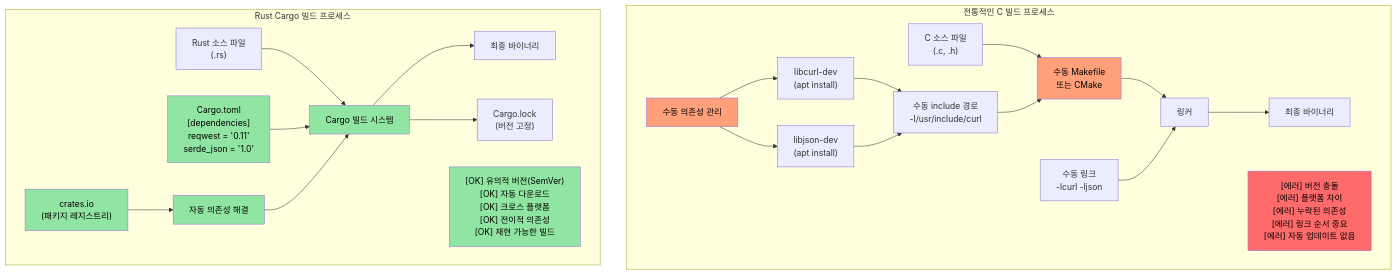
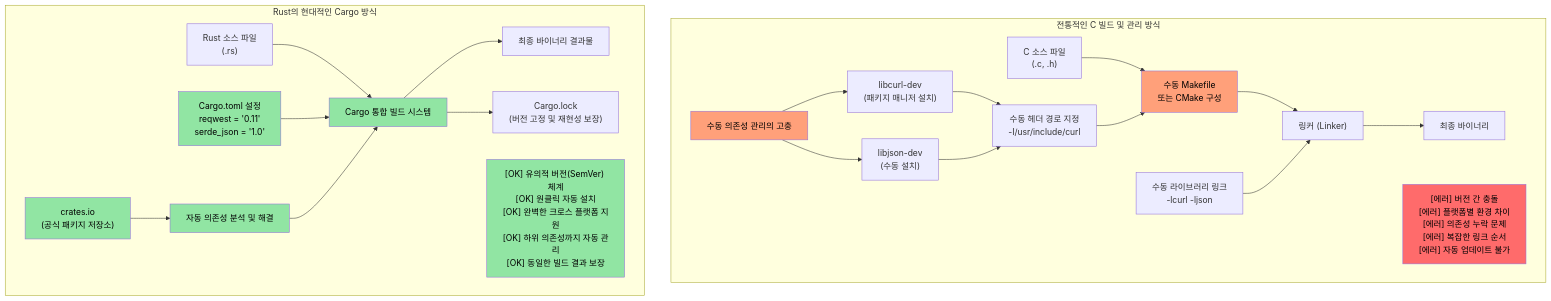
The first of 2 diagrams in c-cpp-book/src/ch02-getting-started.md (partrita/RustTraining), drawn with Mermaid before and after one commit. The commit also changed other lines of this file and 157 other files, not shown here.

````diff
--- a/c-cpp-book/src/ch02-getting-started.md
+++ b/c-cpp-book/src/ch02-getting-started.md
@@ -43,58 +56,58 @@
 ```mermaid
 graph TD
-    subgraph "전통적인 C 빌드 프로세스"
+    subgraph "전통적인 C 빌드 및 관리 방식"
         CC["C 소스 파일<br/>(.c, .h)"]
-        CM["수동 Makefile<br/>또는 CMake"]
-        CL["링커"]
+        CM["수동 Makefile<br/>또는 CMake 구성"]
+        CL["링커 (Linker)"]
         CB["최종 바이너리"]
         
         CC --> CM
         CM --> CL
         CL --> CB
         
-        CDep["수동 의존성 관리"]
-        CLib1["libcurl-dev<br/>(apt install)"]
-        CLib2["libjson-dev<br/>(apt install)"]
-        CInc["수동 include 경로<br/>-I/usr/include/curl"]
-        CLink["수동 링크<br/>-lcurl -ljson"]
+        CDep["수동 의존성 관리의 고충"]
+        CLib1["libcurl-dev<br/>(패키지 매니저 설치)"]
+        CLib2["libjson-dev<br/>(수동 설치)"]
+        CInc["수동 헤더 경로 지정<br/>-I/usr/include/curl"]
+        CLink["수동 라이브러리 링크<br/>-lcurl -ljson"]
         
         CDep --> CLib1
         CDep --> CLib2
         CLib1 --> CInc
         CLib2 --> CInc
         CInc --> CM
         CLink --> CL
         
-        C_ISSUES["[에러] 버전 충돌<br/>[에러] 플랫폼 차이<br/>[에러] 누락된 의존성<br/>[에러] 링크 순서 중요<br/>[에러] 자동 업데이트 없음"]
+        C_ISSUES["[에러] 버전 간 충돌<br/>[에러] 플랫폼별 환경 차이<br/>[에러] 의존성 누락 문제<br/>[에러] 복잡한 링크 순서<br/>[에러] 자동 업데이트 불가"]
     end
     
-    subgraph "Rust Cargo 빌드 프로세스"
+    subgraph "Rust의 현대적인 Cargo 방식"
         RS["Rust 소스 파일<br/>(.rs)"]
-        CT["Cargo.toml<br/>[dependencies]<br/>reqwest = '0.11'<br/>serde_json = '1.0'"]
-        CRG["Cargo 빌드 시스템"]
-        RB["최종 바이너리"]
+        CT["Cargo.toml 설정<br/>reqwest = '0.11'<br/>serde_json = '1.0'"]
+        CRG["Cargo 통합 빌드 시스템"]
+        RB["최종 바이너리 결과물"]
         
         RS --> CRG
         CT --> CRG
         CRG --> RB
         
-        CRATES["crates.io<br/>(패키지 레지스트리)"]
-        DEPS["자동 의존성 해결"]
-        LOCK["Cargo.lock<br/>(버전 고정)"]
+        CRATES["crates.io<br/>(공식 패키지 저장소)"]
+        DEPS["자동 의존성 분석 및 해결"]
+        LOCK["Cargo.lock<br/>(버전 고정 및 재현성 보장)"]
         
         CRATES --> DEPS
         DEPS --> CRG
         CRG --> LOCK
         
-        R_BENEFITS["[OK] 유의적 버전(SemVer)<br/>[OK] 자동 다운로드<br/>[OK] 크로스 플랫폼<br/>[OK] 전이적 의존성<br/>[OK] 재현 가능한 빌드"]
+        R_BENEFITS["[OK] 유의적 버전(SemVer) 체계<br/>[OK] 원클릭 자동 설치<br/>[OK] 완벽한 크로스 플랫폼 지원<br/>[OK] 하위 의존성까지 자동 관리<br/>[OK] 동일한 빌드 결과 보장"]
     end
     
     style C_ISSUES fill:#ff6b6b,color:#000
     style R_BENEFITS fill:#91e5a3,color:#000
     style CM fill:#ffa07a,color:#000
     style CDep fill:#ffa07a,color:#000
     style CT fill:#91e5a3,color:#000
     style CRG fill:#91e5a3,color:#000
     style DEPS fill:#91e5a3,color:#000
     style CRATES fill:#91e5a3,color:#000
 ```
````
